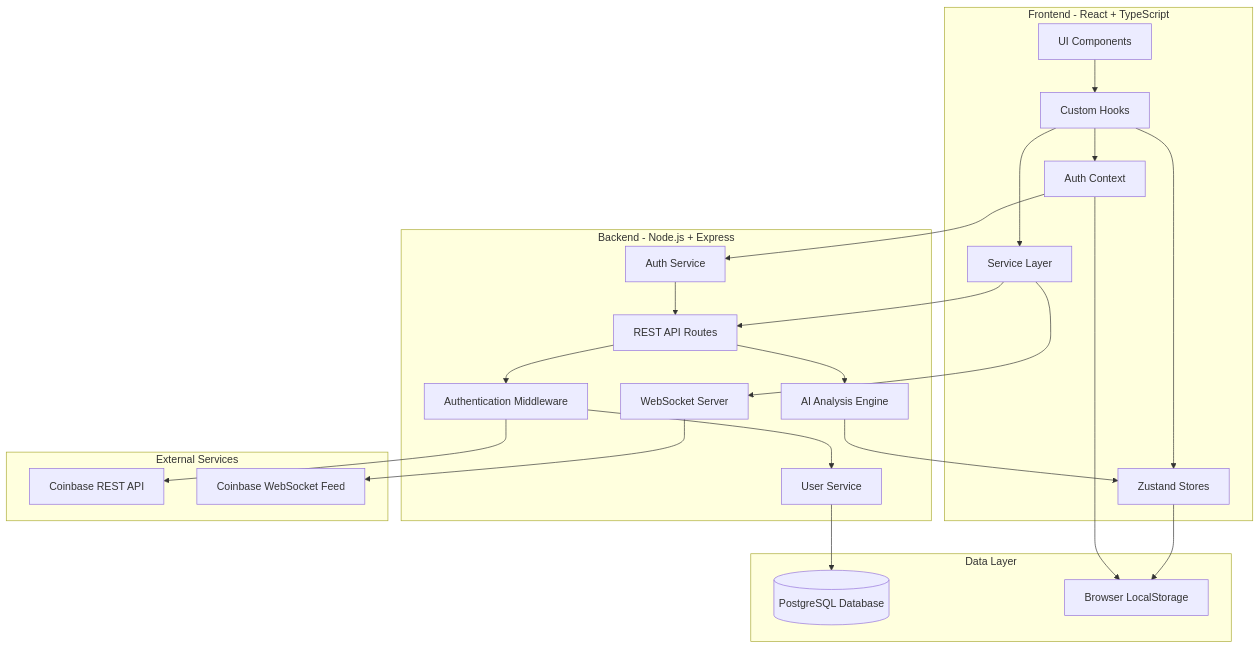
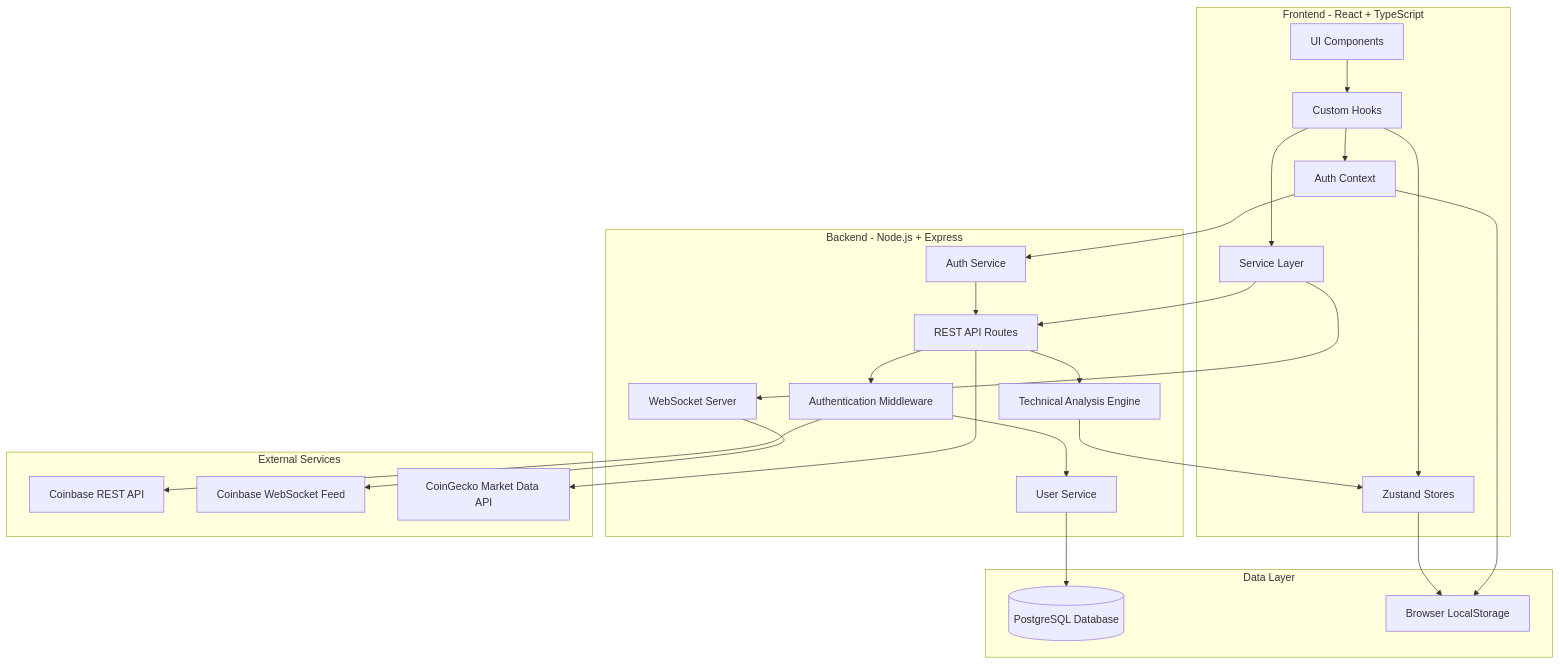
Before and after one commit to raviosovrann/Spectra: the first of 3 diagrams in .kiro/specs/spectra-crypto-dashboard/design.md, drawn with Mermaid. The commit also changed other lines of this file and 128 other files, not shown here.

````diff
--- a/.kiro/specs/spectra-crypto-dashboard/design.md
+++ b/.kiro/specs/spectra-crypto-dashboard/design.md
@@ -11,49 +31,51 @@
 ```mermaid
 graph TB
     subgraph "Frontend - React + TypeScript"
         UI[UI Components]
         Store[Zustand Stores]
         Hooks[Custom Hooks]
         Services[Service Layer]
         AuthContext[Auth Context]
     end
 
     subgraph "Backend - Node.js + Express"
         API[REST API Routes]
         WSServer[WebSocket Server]
-        AIEngine[AI Analysis Engine]
+        TechEngine[Technical Analysis Engine]
         AuthMiddleware[Authentication Middleware]
         AuthService[Auth Service]
         UserService[User Service]
     end
 
     subgraph "Data Layer"
         PostgreSQL[(PostgreSQL Database)]
         LocalStorage[Browser LocalStorage]
     end
 
     subgraph "External Services"
-        CoinbaseREST[Coinbase REST API]
-        CoinbaseWS[Coinbase WebSocket Feed]
+      CoinbaseREST[Coinbase REST API]
+      CoinbaseWS[Coinbase WebSocket Feed]
+      CoinGeckoAPI[CoinGecko Market Data API]
     end
 
     UI --> Hooks
     Hooks --> Store
     Hooks --> Services
     Hooks --> AuthContext
     Services --> API
     Services --> WSServer
     AuthContext --> AuthService
 
     API --> AuthMiddleware
     AuthMiddleware --> UserService
     UserService --> PostgreSQL
     AuthService --> API
     AuthMiddleware --> CoinbaseREST
+    API --> CoinGeckoAPI
     WSServer --> CoinbaseWS
-    AIEngine --> Store
-    API --> AIEngine
+    TechEngine --> Store
+    API --> TechEngine
     
     Store --> LocalStorage
     AuthContext --> LocalStorage
 ```
````
